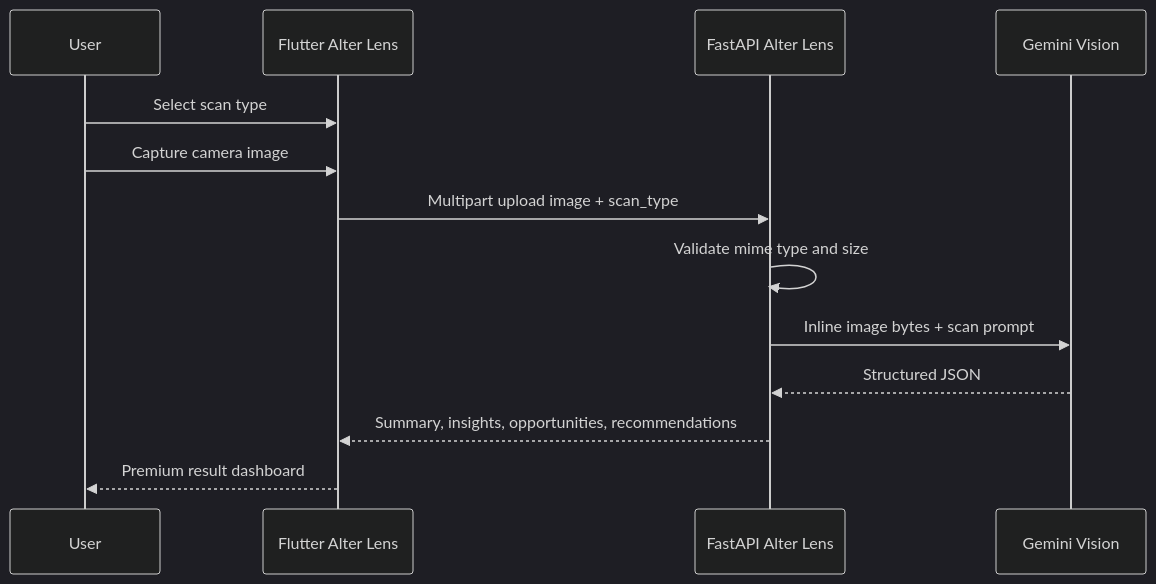
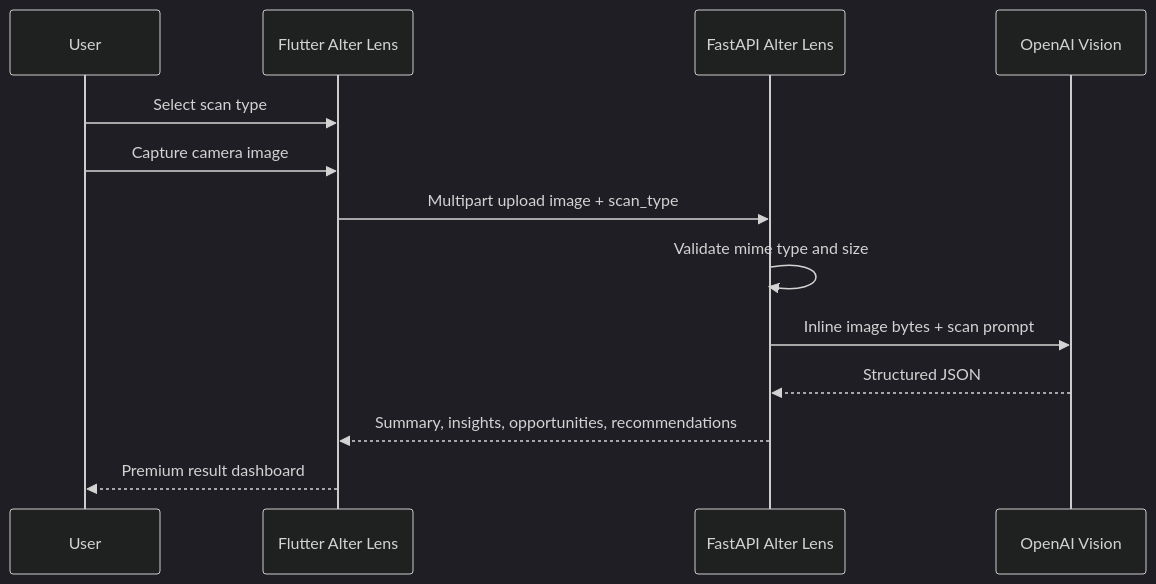
Before and after one commit to Induj1/alterAI: the diagram in docs/alter_lens.md, drawn with Mermaid (dark theme). The commit also changed other lines of this file and 24 other files, not shown here.

````diff
--- a/docs/alter_lens.md
+++ b/docs/alter_lens.md
@@ -3,16 +3,16 @@
 ```mermaid
 sequenceDiagram
   participant U as User
   participant F as Flutter Alter Lens
   participant B as FastAPI Alter Lens
-  participant G as Gemini Vision
+  participant O as OpenAI Vision
 
   U->>F: Select scan type
   U->>F: Capture camera image
   F->>B: Multipart upload image + scan_type
   B->>B: Validate mime type and size
-  B->>G: Inline image bytes + scan prompt
-  G-->>B: Structured JSON
+  B->>O: Inline image bytes + scan prompt
+  O-->>B: Structured JSON
   B-->>F: Summary, insights, opportunities, recommendations
   F-->>U: Premium result dashboard
 ```
````
